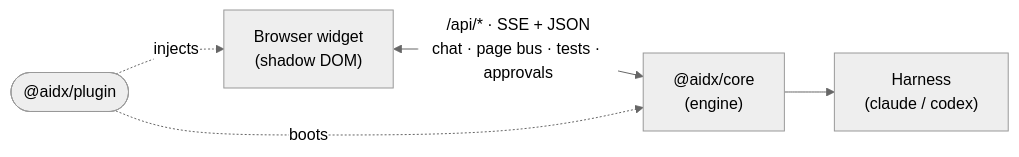
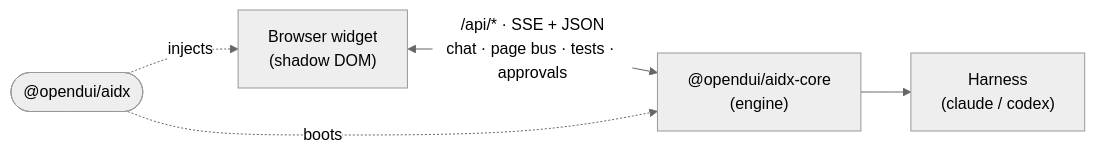
One commit to conciv-dev/conciv changed the diagram in apps/site/content/docs/how-it-works.mdx. Above: the diagram before and after it, drawn with Mermaid (neutral theme). The commit also changed other lines of this file and 168 other files, not shown here.

First line of the commit message:
refactor: migrate packages to @opendui/aidx-* scope + add @opendui/aidx umbrella

````diff
--- a/apps/site/content/docs/how-it-works.mdx
+++ b/apps/site/content/docs/how-it-works.mdx
@@ -10,11 +10,11 @@
 ```mermaid
 flowchart LR
-  P(["@aidx/plugin"])
+  P(["@opendui/aidx"])
   W["Browser widget<br/>(shadow DOM)"]
-  C["@aidx/core<br/>(engine)"]
+  C["@opendui/aidx-core<br/>(engine)"]
   H["Harness<br/>(claude / codex)"]
   W <-->|"/api/* · SSE + JSON<br/>chat · page bus · tests · approvals"| C
   C --> H
   P -. injects .-> W
   P -. boots .-> C
 ```
````
